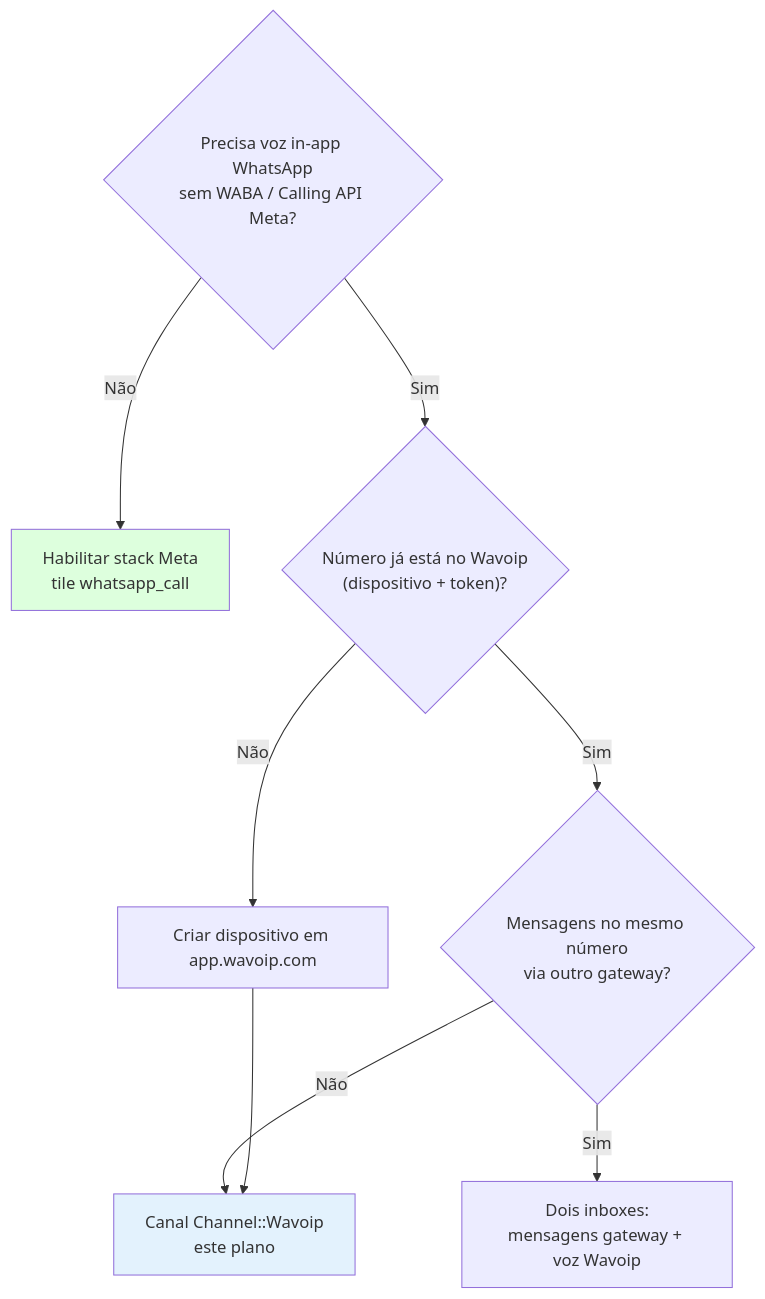
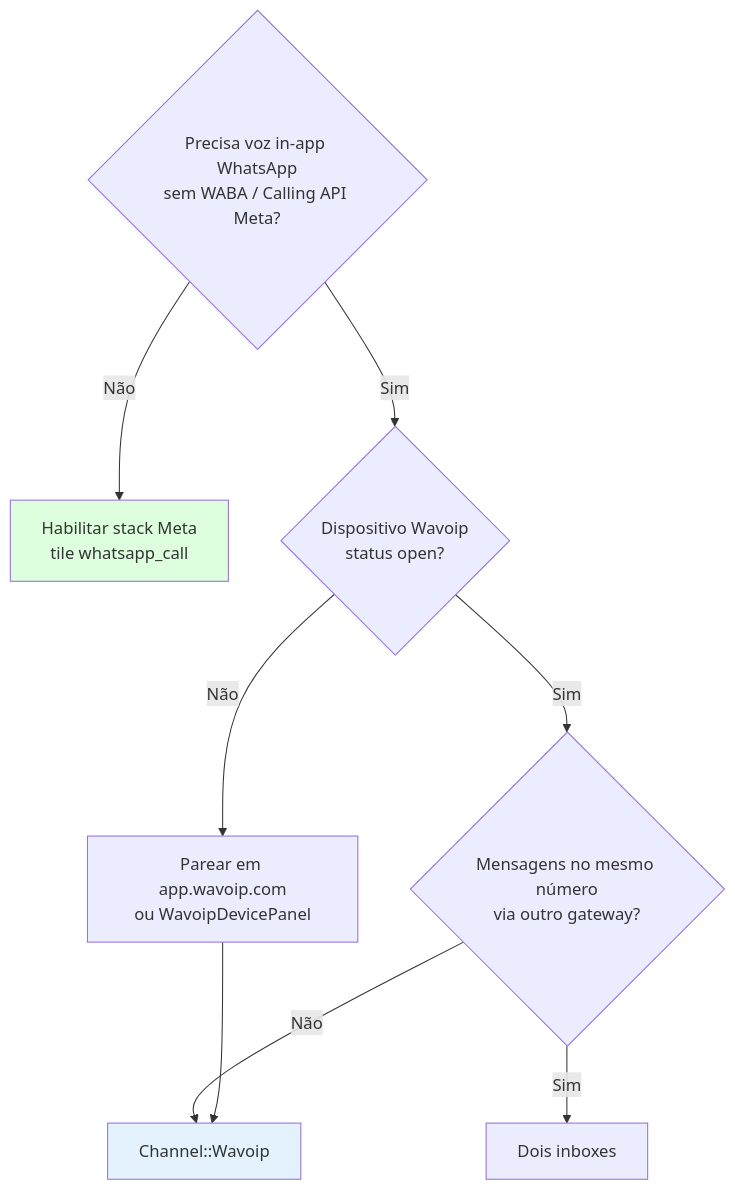
Before and after one commit to cesar-carlos/chatwoot: the diagram in doc/feature/whatsapp-voice/wavoip-provider/README.md, drawn with Mermaid. The commit also changed other lines of this file and 7 other files, not shown here.

````diff
--- a/doc/feature/whatsapp-voice/wavoip-provider/README.md
+++ b/doc/feature/whatsapp-voice/wavoip-provider/README.md
@@ -48,14 +63,14 @@
 ```mermaid
 flowchart TD
   Q1{"Precisa voz in-app WhatsApp<br/>sem WABA / Calling API Meta?"}
   Q1 -->|Não| META["Habilitar stack Meta<br/>tile whatsapp_call"]
-  Q1 -->|Sim| Q2{"Número já está no Wavoip<br/>(dispositivo + token)?"}
-  Q2 -->|Não| SETUP["Criar dispositivo em app.wavoip.com"]
+  Q1 -->|Sim| Q2{"Dispositivo Wavoip<br/>status open?"}
+  Q2 -->|Não| SETUP["Parear em app.wavoip.com<br/>ou WavoipDevicePanel"]
   Q2 -->|Sim| Q3{"Mensagens no mesmo número<br/>via outro gateway?"}
-  Q3 -->|Sim| DUAL["Dois inboxes:<br/>mensagens gateway + voz Wavoip"]
-  Q3 -->|Não| WAV["Canal Channel::Wavoip<br/>este plano"]
+  Q3 -->|Sim| DUAL["Dois inboxes"]
+  Q3 -->|Não| WAV["Channel::Wavoip"]
   SETUP --> WAV
 
   style META fill:#dfd
   style WAV fill:#e3f2fd
 ```
````
